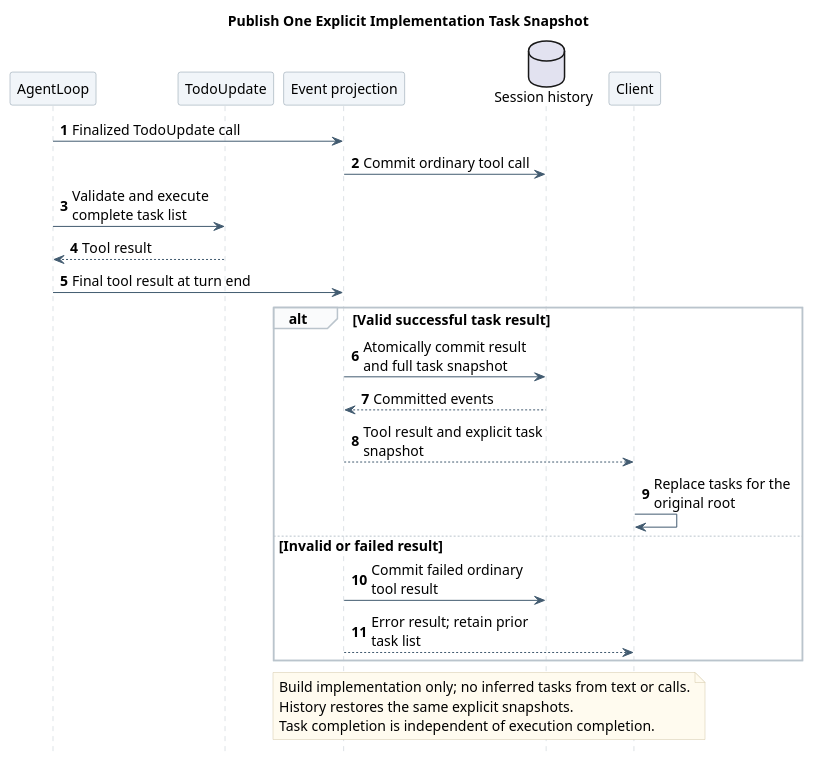
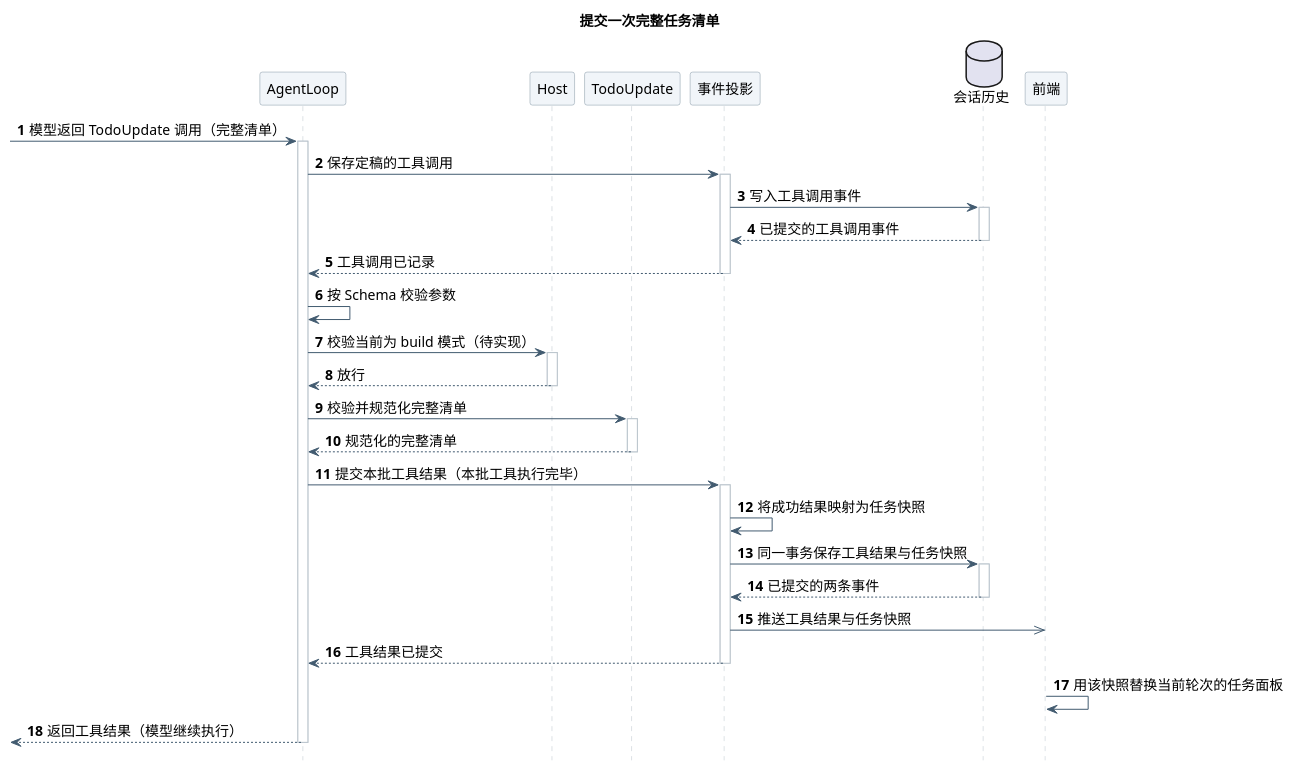
The fourth of 7 diagrams in 01-总体架构/06-CampusClaw计划模式/diagram.puml (ssm0808/pi-mono-java-design), drawn with PlantUML before and after one commit. The commit also changed other lines of this file and 13 other files, not shown here.

First line of the commit message:
docs(plan): plan 模式拒绝 TodoUpdate，任务清单设计与实现对齐

```diff
--- a/01-总体架构/06-CampusClaw计划模式/diagram.puml
+++ b/01-总体架构/06-CampusClaw计划模式/diagram.puml
@@ -476,55 +480,52 @@
 @startuml todo_update_sequence
-' Source baseline: pi-mono-java 09b32d8ea4a4b43b34be302d8b2745bdc417c9a2.
-' Source: modules/agent-core/src/main/java/com/campusclaw/agent/tool/AgentToolResult.java :: content, details.
-' Source: modules/coding-agent-cli/src/main/java/com/campusclaw/codingagent/runtimeapi/event/RuntimeEventProjector.java :: project, persistToolResults.
-' Source: frontend/src/runtime/eventStore.ts :: reconcileEvents, executionState.
-' Claude public docs: managed-agents/events-and-streaming, checked 2026-09-15 (beta).
-' Historical DeepSeek baseline: 0a53fb55bea101816fa226bb964ae2bed71c343b (alpha).
-' Source: packages/todo/tool-todo/src/index.ts :: apply, execute; whole-list replacement.
-' Observed behavior: Java commits generic results at the existing TurnEndEvent boundary.
-' Design reason: commit explicit task snapshots with the successful tool result.
-' Java status at 8c5fda1d: TodoUpdateTool, RuntimeTodoEventMapper and executionTodos are implemented; not Claude built-ins.
-' Presentation: one responsibility-level scenario; implementation details remain in the linked document.
+' 场景：build 阶段模型提交一次完整任务清单，从模型返回调用到前端刷新任务面板；只画正常流程。
+' 源码基线：pi-mono-java main 769e86592285f4a25b0febaf551eddea6bc7212c（2026-10-12 拉取）。
+' 源码：modules/agent-core/src/main/java/com/campusclaw/agent/tool/ToolExecutionPipeline.java :: execute、validate、applyBeforeHook。
+' 源码：modules/coding-agent-cli/src/main/java/com/campusclaw/codingagent/tool/todo/TodoUpdateTool.java :: execute、normalize。
+' 源码：modules/coding-agent-cli/src/main/java/com/campusclaw/codingagent/runtimeapi/event/RuntimeEventProjector.java :: persistToolResults、toolResultEvents。
+' 源码：modules/coding-agent-cli/src/main/java/com/campusclaw/codingagent/runtimeapi/event/RuntimeTodoEventMapper.java :: map。
+' 源码：frontend/src/runtime/eventStore.ts :: executionTodos。
+' 待实现：RuntimeActiveExecution.beforeToolCall 在 plan 模式拒绝 TodoUpdate（BUILD_MODE_REQUIRED），实现见 pi-mono-java PR #338，未合入 main。
+' 已观察行为：工具结果在既有 TurnEndEvent 提交点与任务快照同一事务保存，提交后再推送。
+' 设计原因：前端只消费显式任务快照，不识别工具名、不解析工具结果文本；模式门禁让规划期调用不产生任务事件。
+' 失败处理不进图，见 todo-update.md「失败处理与恢复」。
 skinparam backgroundColor white
 skinparam defaultFontName SansSerif
 skinparam defaultFontSize 14
 skinparam shadowing false
 skinparam sequenceMessageAlign left
-skinparam maxMessageSize 180
+skinparam maxMessageSize 320
 skinparam sequenceArrowColor #425B70
 skinparam sequenceLifeLineBorderColor #BAC4CC
 skinparam sequenceParticipantBackgroundColor #F1F5F9
 skinparam sequenceParticipantBorderColor #8496A4
-skinparam sequenceGroupBackgroundColor #FAFBFC
-skinparam sequenceGroupBorderColor #BAC4CC
-skinparam noteBackgroundColor #FFFBEF
-skinparam noteBorderColor #D2C6A5
 hide footbox
 autonumber
 
-title Publish One Explicit Implementation Task Snapshot
+title 提交一次完整任务清单
 participant "AgentLoop" as Loop
+participant "Host" as Host
 participant "TodoUpdate" as Todo
-participant "Event projection" as Projector
-database "Session history" as DB
-participant Client
-Loop -> Projector : Finalized TodoUpdate call
-Projector -> DB : Commit ordinary tool call
-Loop -> Todo : Validate and execute complete task list
-Todo --> Loop : Tool result
-Loop -> Projector : Final tool result at turn end
-alt Valid successful task result
-  Projector -> DB : Atomically commit result and full task snapshot
-  DB --> Projector : Committed events
-  Projector --> Client : Tool result and explicit task snapshot
-  Client -> Client : Replace tasks for the original root
-else Invalid or failed result
-  Projector -> DB : Commit failed ordinary tool result
-  Projector --> Client : Error result; retain prior task list
-end
-note over Projector,Client
-  Build implementation only; no inferred tasks from text or calls.
-  History restores the same explicit snapshots.
-  Task completion is independent of execution completion.
-end note
+participant "事件投影" as Projector
+database "会话历史" as DB
+participant "前端" as Client
+[-> Loop ++ : 模型返回 TodoUpdate 调用（完整清单）
+Loop -> Projector ++ : 保存定稿的工具调用
+Projector -> DB ++ : 写入工具调用事件
+return 已提交的工具调用事件
+return 工具调用已记录
+Loop -> Loop : 按 Schema 校验参数
+Loop -> Host ++ : 校验当前为 build 模式（待实现）
+return 放行
+Loop -> Todo ++ : 校验并规范化完整清单
+return 规范化的完整清单
+Loop -> Projector ++ : 提交本批工具结果（本批工具执行完毕）
+Projector -> Projector : 将成功结果映射为任务快照
+Projector -> DB ++ : 同一事务保存工具结果与任务快照
+return 已提交的两条事件
+Projector ->> Client : 推送工具结果与任务快照
+return 工具结果已提交
+Client -> Client : 用该快照替换当前轮次的任务面板
+[<-- Loop : 返回工具结果（模型继续执行）
+deactivate Loop
 @enduml
```
